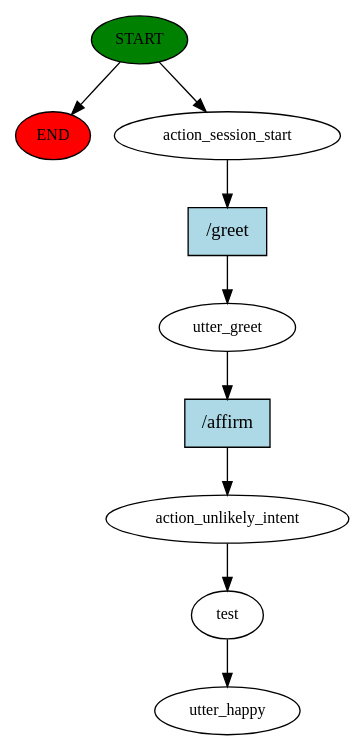
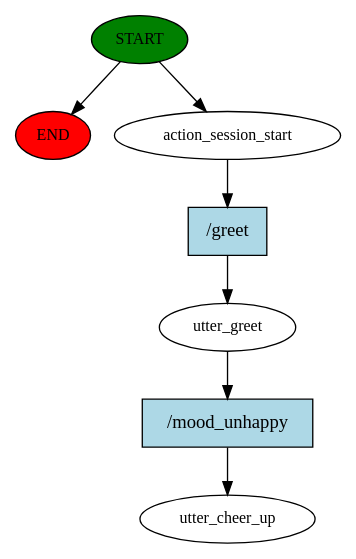
Before and after one commit to Yolo1105/AI_Chatbot: the diagram in story_graph.dot, drawn with Graphviz. The commit also changed 56 other files, not shown here.

```diff
--- a/story_graph.dot
+++ b/story_graph.dot
@@ -1,19 +1,15 @@
 digraph  {
 0 [class="start active", fillcolor=green, fontsize=12, label=START, style=filled];
 "-1" [class=end, fillcolor=red, fontsize=12, label=END, style=filled];
 1 [class=active, fontsize=12, label=action_session_start];
 2 [class=active, fontsize=12, label=utter_greet];
-3 [class=active, fontsize=12, label=action_unlikely_intent];
-4 [class=active, fontsize=12, label=test];
-5 [class="dashed active", fontsize=12, label=utter_happy];
-6 [class="intent active", fillcolor=lightblue, label="/greet", shape=rect, style=filled];
-7 [class="intent active", fillcolor=lightblue, label="/affirm", shape=rect, style=filled];
+3 [class="dashed active", fontsize=12, label=utter_cheer_up];
+4 [class="intent active", fillcolor=lightblue, label="/greet", shape=rect, style=filled];
+5 [class="intent active", fillcolor=lightblue, label="/mood_unhappy", shape=rect, style=filled];
 0 -> "-1"  [class="", key=NONE, label=""];
 0 -> 1  [class=active, key=NONE, label=""];
-1 -> 6  [class=active, key=0];
-2 -> 7  [class=active, key=0];
-3 -> 4  [class=active, key=NONE, label=""];
-4 -> 5  [class=active, key=NONE, label=""];
-6 -> 2  [class=active, key=0];
-7 -> 3  [class=active, key=0];
+1 -> 4  [class=active, key=0];
+2 -> 5  [class=active, key=0];
+4 -> 2  [class=active, key=0];
+5 -> 3  [class=active, key=0];
 }
```
